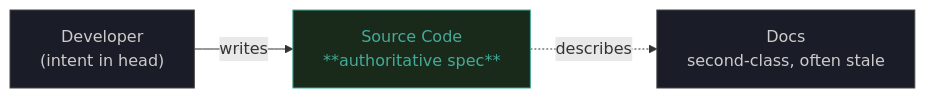
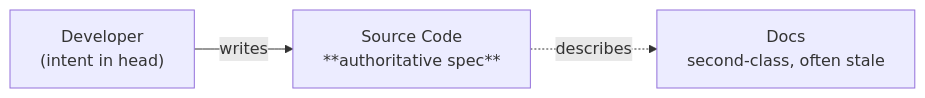
The first of 13 diagrams in docs-site/src/content/docs/background/design-diagrams.md (davidroeca/NotarAI), drawn with Mermaid before and after one commit. The commit also changed other lines of this file and 12 other files, not shown here.

First line of the commit message:
Update docs site - mermaid rendering

````diff
--- a/docs-site/src/content/docs/background/design-diagrams.md
+++ b/docs-site/src/content/docs/background/design-diagrams.md
@@ -14,13 +14,9 @@
 ```mermaid
 flowchart LR
     Dev["Developer<br/>(intent in head)"]
     Code["Source Code<br/>**authoritative spec**"]
     Docs["Docs<br/>second-class, often stale"]
 
     Dev -->|writes| Code
     Code -.->|describes| Docs
-
-    style Code fill:#1a2a1a,stroke:#4a9,color:#4a9
-    style Dev fill:#1a1d27,stroke:#444,color:#ccc
-    style Docs fill:#1a1d27,stroke:#444,color:#ccc
 ```
````
